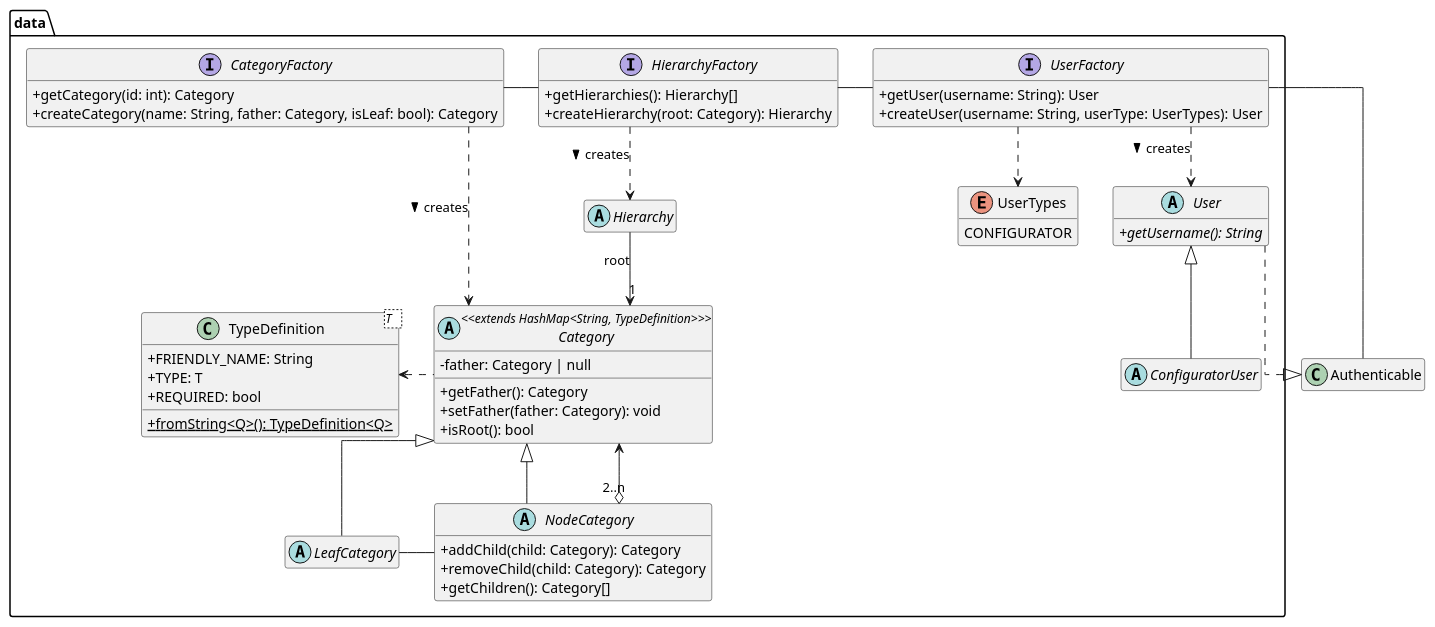
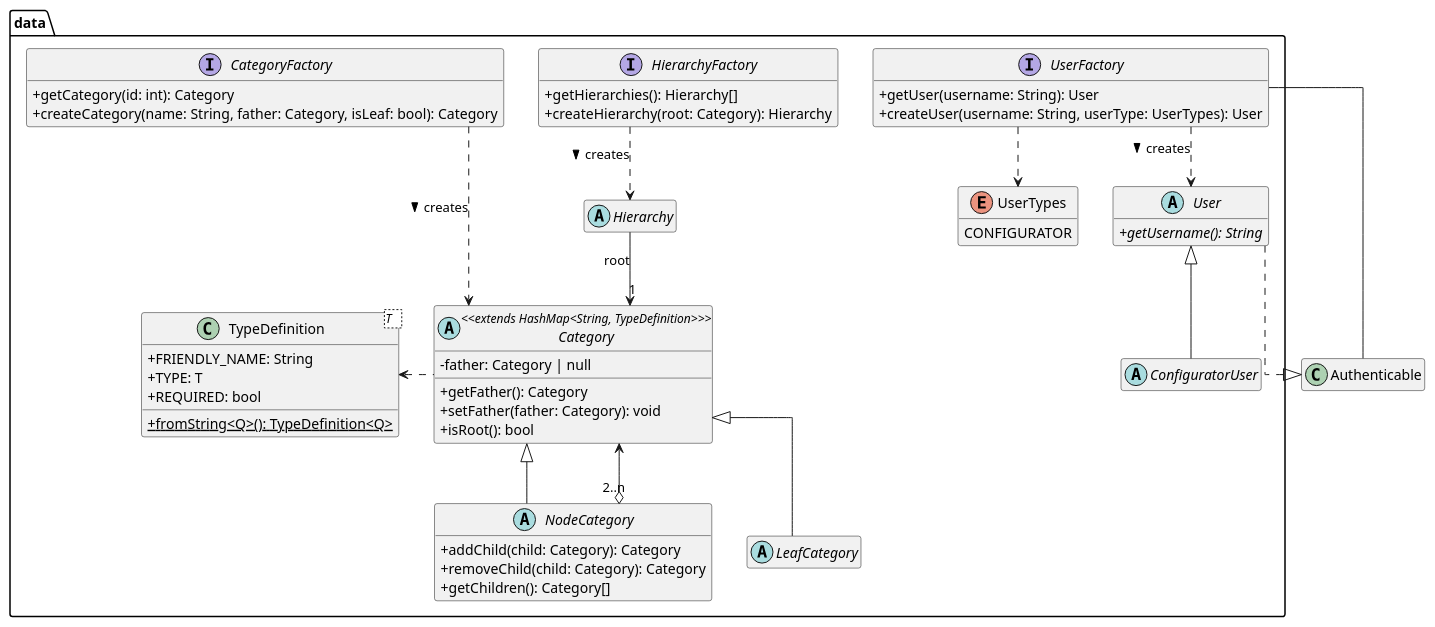
One commit to Matlice/ing_sw_2022 changed the diagram in DOC/VER1/diagrams/class/class_diagram_data.puml. Above: the diagram before and after it, drawn with PlantUML. The commit also changed 4 other files, not shown here.

Commit message:
Sistemate linee nascoste negli uml, script watch controlla anche i .puml

```diff
--- a/DOC/VER1/diagrams/class/class_diagram_data.puml
+++ b/DOC/VER1/diagrams/class/class_diagram_data.puml
@@ -1,79 +1,79 @@
 @startuml
 
 skinparam ClassAttributeIconSize 0
 'skinparam groupInheritance 2
 skinparam linetype ortho
 hide empty members
 
 package data #FFFFFF {
 
     interface CategoryFactory {
         + getCategory(id: int): Category
         + createCategory(name: String, father: Category, isLeaf: bool): Category
     }
 
     interface HierarchyFactory {
         + getHierarchies(): Hierarchy[]
         + createHierarchy(root: Category): Hierarchy
     }
 
     interface UserFactory {
         + getUser(username: String): User
         + createUser(username: String, userType: UserTypes): User
     }
 
     enum UserTypes {
         CONFIGURATOR
     }
 
     abstract class Category <<extends HashMap<String, TypeDefinition>>> {
         - father: Category | null
         
         + getFather(): Category
         + setFather(father: Category): void
         + isRoot(): bool
     }
 
     class TypeDefinition<T   > {
         + FRIENDLY_NAME: String
         + TYPE: T
         + REQUIRED: bool
         + {static} fromString<Q>(): TypeDefinition<Q>
     }
     
     abstract class Hierarchy {}
 
     abstract class User {
         + {abstract} getUsername(): String
     }
 
     abstract class ConfiguratorUser extends User {}
 
     abstract class NodeCategory extends Category {
         + addChild(child: Category): Category
         + removeChild(child: Category): Category
         + getChildren(): Category[]
     }
     
     abstract class LeafCategory extends Category {}
 
 }
 
 User ..|> Authenticable
 
 'Category --> "0..1" Category: father
 Hierarchy --> "1" Category: root
 NodeCategory "2..n" o--> Category
 
 Category .left.> TypeDefinition
 
 CategoryFactory .down.> Category: creates >
 HierarchyFactory .down.> Hierarchy: creates >
 UserFactory .down.> User: creates >
 UserFactory ..> UserTypes
 
-HierarchyFactory -left- CategoryFactory
-UserFactory -left- HierarchyFactory
-LeafCategory -right- NodeCategory
+HierarchyFactory -left[hidden]- CategoryFactory
+UserFactory -left[hidden]- HierarchyFactory
+LeafCategory -left[hidden]- NodeCategory
 Authenticable -left- UserFactory
 @enduml
```
